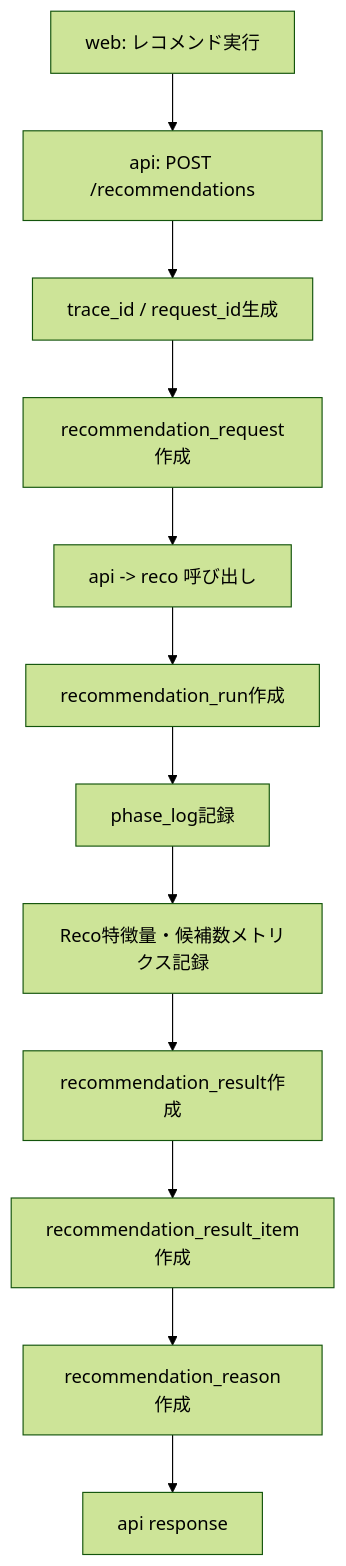
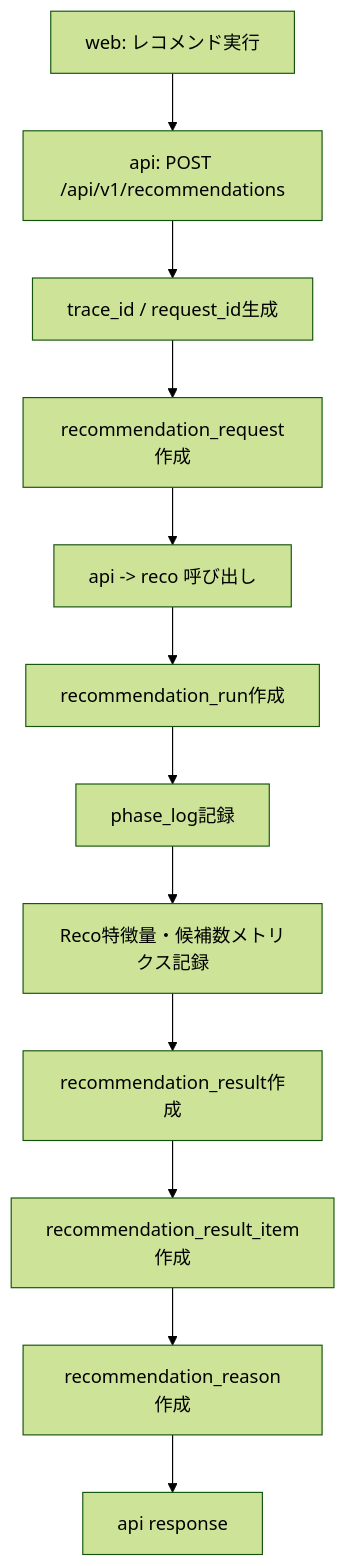
The first of 4 diagrams in docs/05_アプリケーション設計/アプリ/ログ・Observability設計書.md (ryo-chan-k6/GiftRecommendAPP_MVP_CYCLE_3), drawn with Mermaid (forest theme) before and after one commit. The commit also changed other lines of this file and 68 other files, not shown here.

Commit message:
APIドキュメントを更新し、Gift Recommendation Service MVPにおけるエンドポイントのURLを新しいバージョン形式に変更。具体的には、`/recommendations`や`/masters`などのエンドポイントを`/api/v1/`プレフィックス付きに修正し、APIの整合性と明確性を向上させた。また、フィードバック登録やマスタ取得に関するエンドポイントも同様に更新し、全体の設計基盤を強化した。 (#217)

````diff
--- a/docs/05_アプリケーション設計/アプリ/ログ・Observability設計書.md
+++ b/docs/05_アプリケーション設計/アプリ/ログ・Observability設計書.md
@@ -173,14 +173,14 @@
 ```mermaid
 flowchart TD
-    A[web: レコメンド実行] --> B[api: POST /recommendations]
+    A[web: レコメンド実行] --> B[api: POST /api/v1/recommendations]
     B --> C[trace_id / request_id生成]
     C --> D[recommendation_request作成]
     D --> E[api -> reco 呼び出し]
     E --> F[recommendation_run作成]
     F --> G[phase_log記録]
     G --> H[Reco特徴量・候補数メトリクス記録]
     H --> I[recommendation_result作成]
     I --> J[recommendation_result_item作成]
     J --> K[recommendation_reason作成]
     K --> L[api response]
 ```
````
